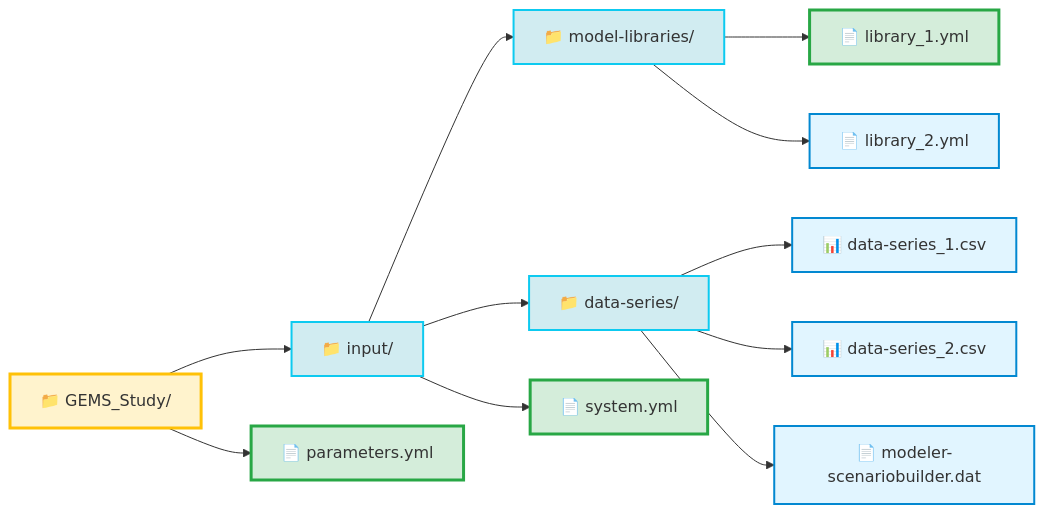
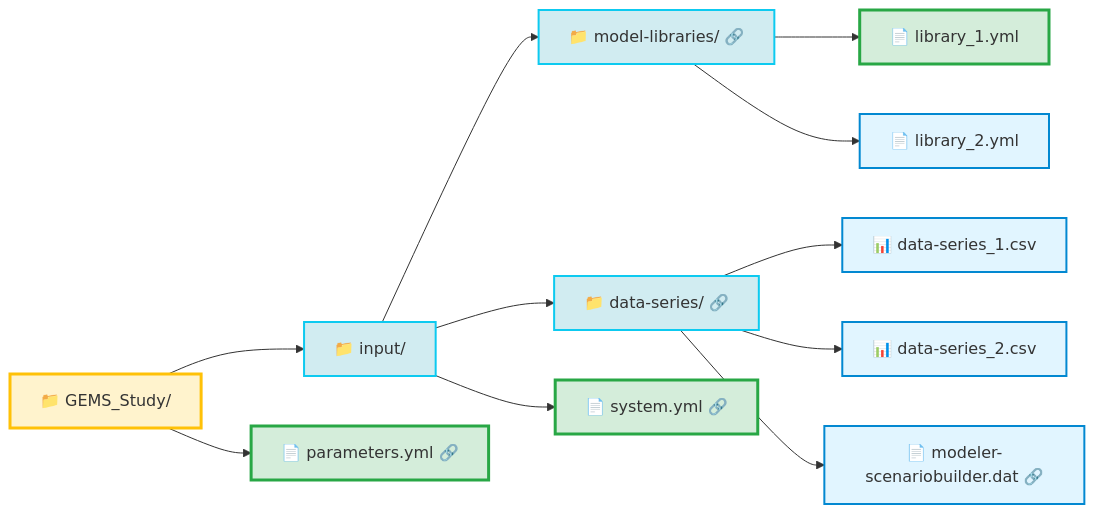
Before and after one commit to AntaresSimulatorTeam/GEMS: the diagram in doc/3_User_Guide/3_GEMS_File_Structure/1_overview.md, drawn with Mermaid. The commit also changed other lines of this file and 61 other files, not shown here.

````diff
--- a/doc/3_User_Guide/3_GEMS_File_Structure/1_overview.md
+++ b/doc/3_User_Guide/3_GEMS_File_Structure/1_overview.md
@@ -20,45 +19,45 @@
 ```mermaid
 flowchart LR
     Study["📁 GEMS_Study/"]
     Input["📁 input/"]
-    ModelLib["📁 model-libraries/"]
-    DataSeries["📁 data-series/"]
+    ModelLib["📁 model-libraries/ 🔗"]
+    DataSeries["📁 data-series/ 🔗"]
     
-    System["📄 system.yml"]
-    Params["📄 parameters.yml"]
+    System["📄 system.yml 🔗"]
+    Params["📄 parameters.yml 🔗"]
     Lib1["📄 library_1.yml"]
     Lib2["📄 library_2.yml"]
     Data1["📊 data-series_1.csv"]
     Data2["📊 data-series_2.csv"]
-    Scenario["📄 modeler-scenariobuilder.dat"]
+    Scenario["📄 modeler-scenariobuilder.dat 🔗"]
     
     Study --> Input
     Study --> Params
     Input --> ModelLib
     Input --> System
     Input --> DataSeries
     ModelLib --> Lib1
     ModelLib --> Lib2
     DataSeries --> Data1
     DataSeries --> Data2
     DataSeries --> Scenario
     
     style Study fill:#fff3cd,stroke:#ffc107,stroke-width:3px
     style Input fill:#d1ecf1,stroke:#0dcaf0,stroke-width:2px
     style ModelLib fill:#d1ecf1,stroke:#0dcaf0,stroke-width:2px
     style DataSeries fill:#d1ecf1,stroke:#0dcaf0,stroke-width:2px
     style System fill:#d4edda,stroke:#28a745,stroke-width:3px
     style Params fill:#d4edda,stroke:#28a745,stroke-width:3px
     style Lib1 fill:#d4edda,stroke:#28a745,stroke-width:3px
     style Lib2 fill:#e1f5ff,stroke:#0288d1,stroke-width:2px
     style Data1 fill:#e1f5ff,stroke:#0288d1,stroke-width:2px
     style Data2 fill:#e1f5ff,stroke:#0288d1,stroke-width:2px
     style Scenario fill:#e1f5ff,stroke:#0288d1,stroke-width:2px
 
     
     click ModelLib "../2_library/"
     click System "../3_system/"
     click DataSeries "../4_data_series/"
     click Scenario "../5_scenario_builder/"
     click Params "../6_solver_optimization/"
 ```
````
